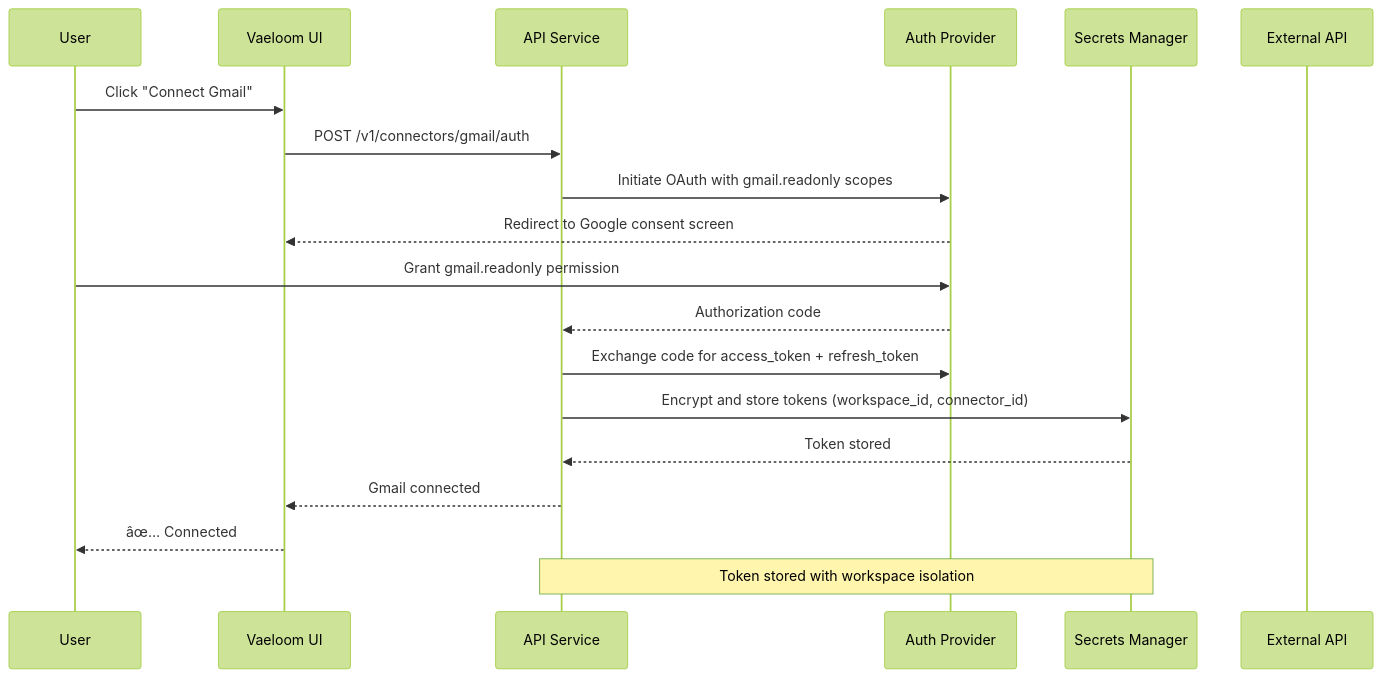
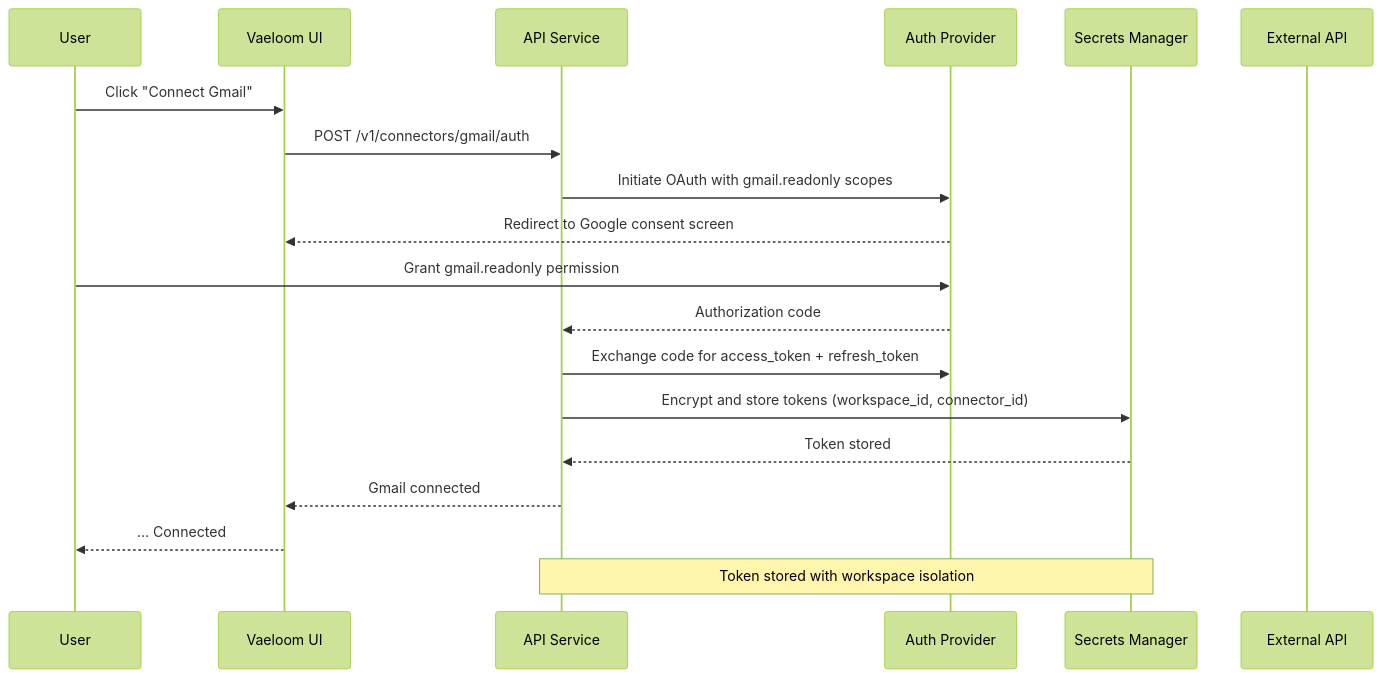
Before and after one commit to Driftloom/Vaeloom: the second of 2 diagrams in docs/backend/Connectors.md, drawn with Mermaid (forest theme). The commit also changed other lines of this file and 694 other files, not shown here.

First line of the commit message:
docs: mermaid standardization — encoding/mermaid/duplicate cleanup

````diff
--- a/docs/backend/Connectors.md
+++ b/docs/backend/Connectors.md
@@ -228,23 +228,23 @@
 ```mermaid
 sequenceDiagram
-    participant User as User
-    participant UI as Vaeloom UI
-    participant API as API Service
-    participant Auth as Auth Provider
-    participant SM as Secrets Manager
-    participant External as External API
+ participant User as User
+ participant UI as Vaeloom UI
+ participant API as API Service
+ participant Auth as Auth Provider
+ participant SM as Secrets Manager
+ participant External as External API
 
-    User->>UI: Click "Connect Gmail"
-    UI->>API: POST /v1/connectors/gmail/auth
-    API->>Auth: Initiate OAuth with gmail.readonly scopes
-    Auth-->>UI: Redirect to Google consent screen
-    User->>Auth: Grant gmail.readonly permission
-    Auth-->>API: Authorization code
-    API->>Auth: Exchange code for access_token + refresh_token
-    API->>SM: Encrypt and store tokens (workspace_id, connector_id)
-    SM-->>API: Token stored
-    API-->>UI: Gmail connected
-    UI-->>User: âœ… Connected
+ User->>UI: Click "Connect Gmail"
+ UI->>API: POST /v1/connectors/gmail/auth
+ API->>Auth: Initiate OAuth with gmail.readonly scopes
+ Auth-->>UI: Redirect to Google consent screen
+ User->>Auth: Grant gmail.readonly permission
+ Auth-->>API: Authorization code
+ API->>Auth: Exchange code for access_token + refresh_token
+ API->>SM: Encrypt and store tokens (workspace_id, connector_id)
+ SM-->>API: Token stored
+ API-->>UI: Gmail connected
+ UI-->>User: … Connected
 
-    Note over API,SM: Token stored with workspace isolation
+ Note over API,SM: Token stored with workspace isolation
 ```
````
